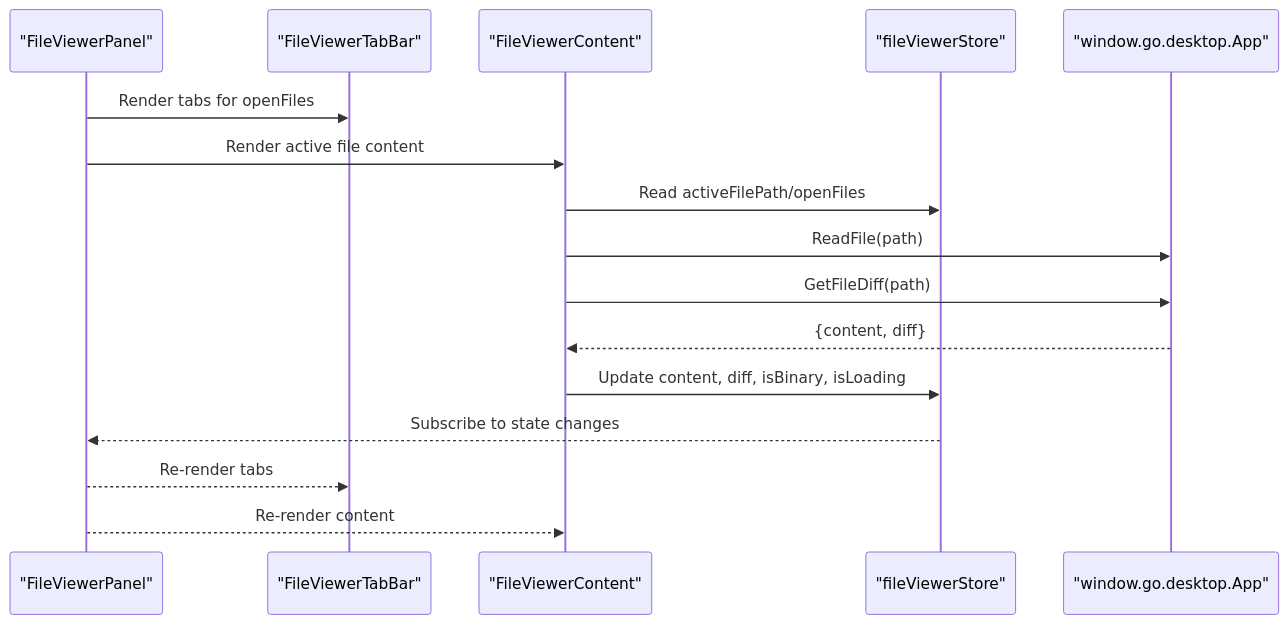
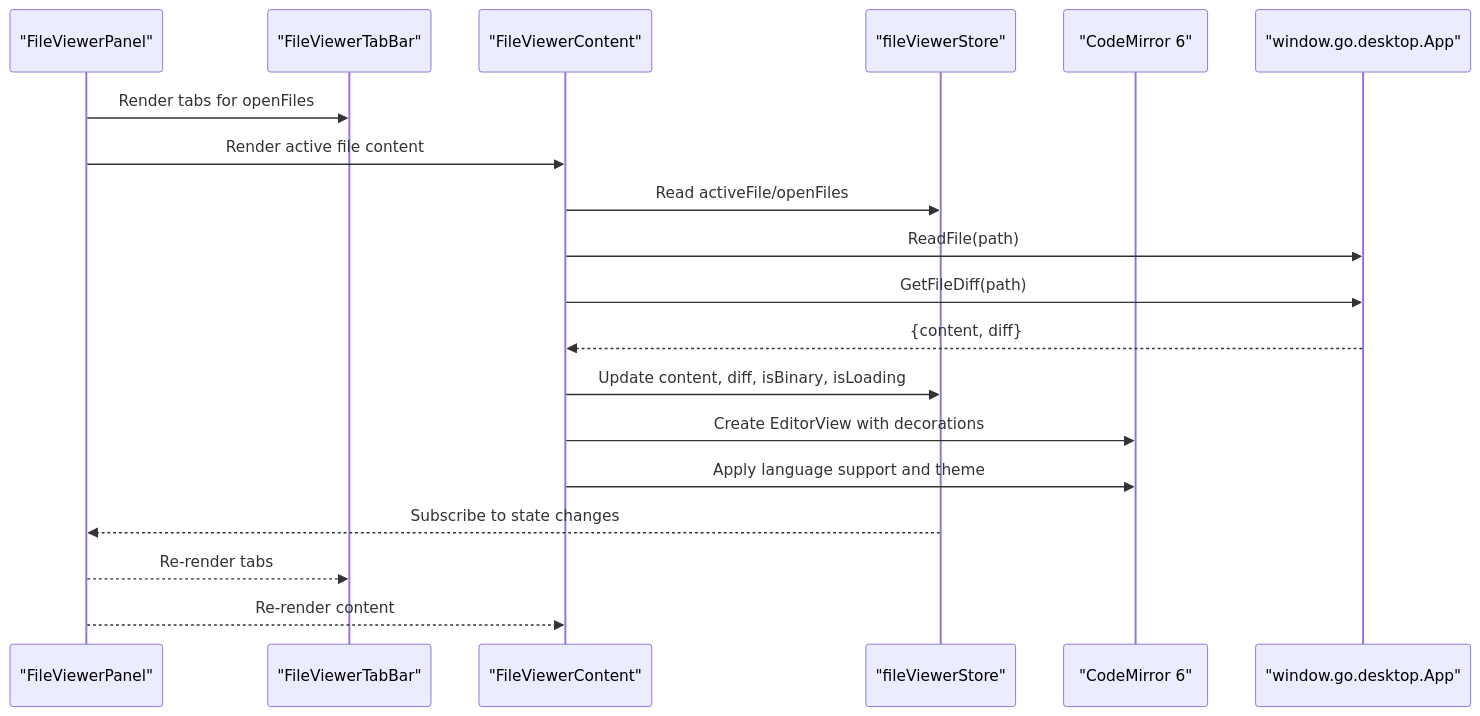
Before and after one commit to v0lka/c0wrk: the second of 10 diagrams in .qoder/repowiki/en/content/Frontend Application/UI Components/File Viewer Components.md, drawn with Mermaid. The commit also changed other lines of this file and 3 other files, not shown here.

````diff
--- a/.qoder/repowiki/en/content/Frontend Application/UI Components/File Viewer Components.md
+++ b/.qoder/repowiki/en/content/Frontend Application/UI Components/File Viewer Components.md
@@ -105,18 +122,21 @@
 ```mermaid
 sequenceDiagram
 participant UI as "FileViewerPanel"
 participant Tabs as "FileViewerTabBar"
 participant Content as "FileViewerContent"
 participant Store as "fileViewerStore"
+participant CM as "CodeMirror 6"
 participant Backend as "window.go.desktop.App"
 UI->>Tabs : Render tabs for openFiles
 UI->>Content : Render active file content
-Content->>Store : Read activeFilePath/openFiles
+Content->>Store : Read activeFile/openFiles
 Content->>Backend : ReadFile(path)
 Content->>Backend : GetFileDiff(path)
 Backend-->>Content : {content, diff}
 Content->>Store : Update content, diff, isBinary, isLoading
+Content->>CM : Create EditorView with decorations
+Content->>CM : Apply language support and theme
 Store-->>UI : Subscribe to state changes
 UI-->>Tabs : Re-render tabs
 UI-->>Content : Re-render content
 ```
````
